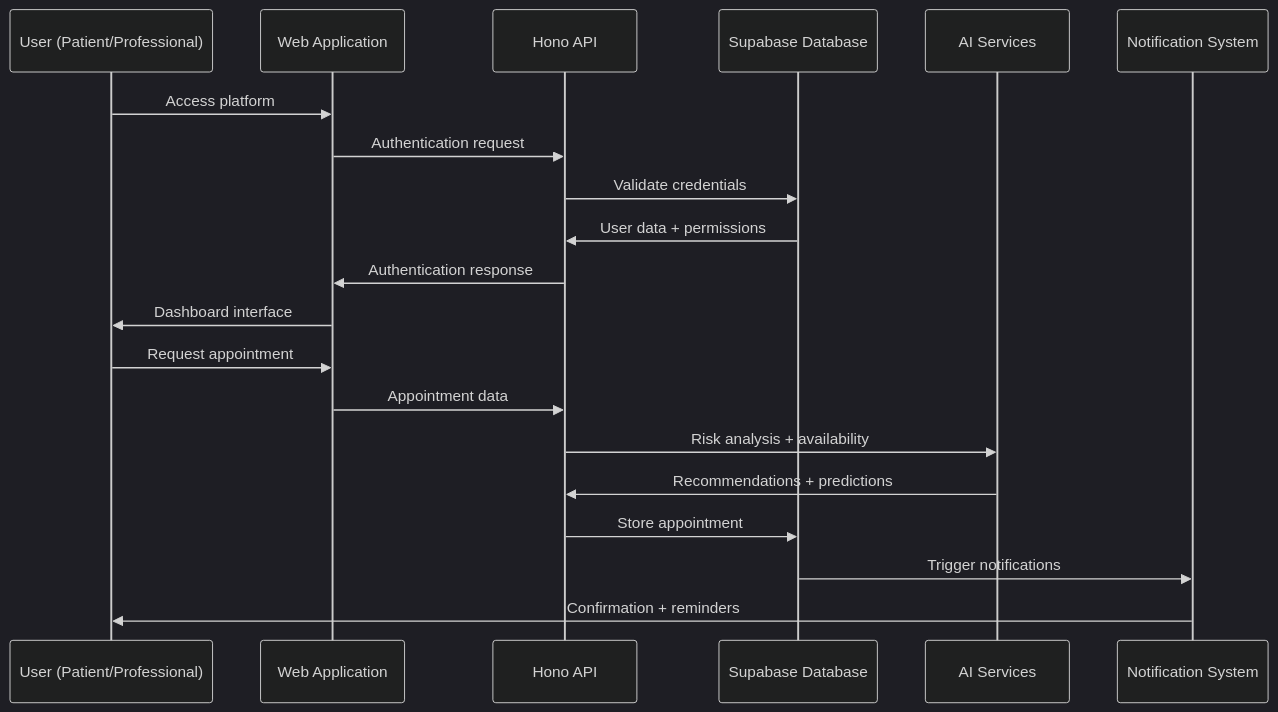
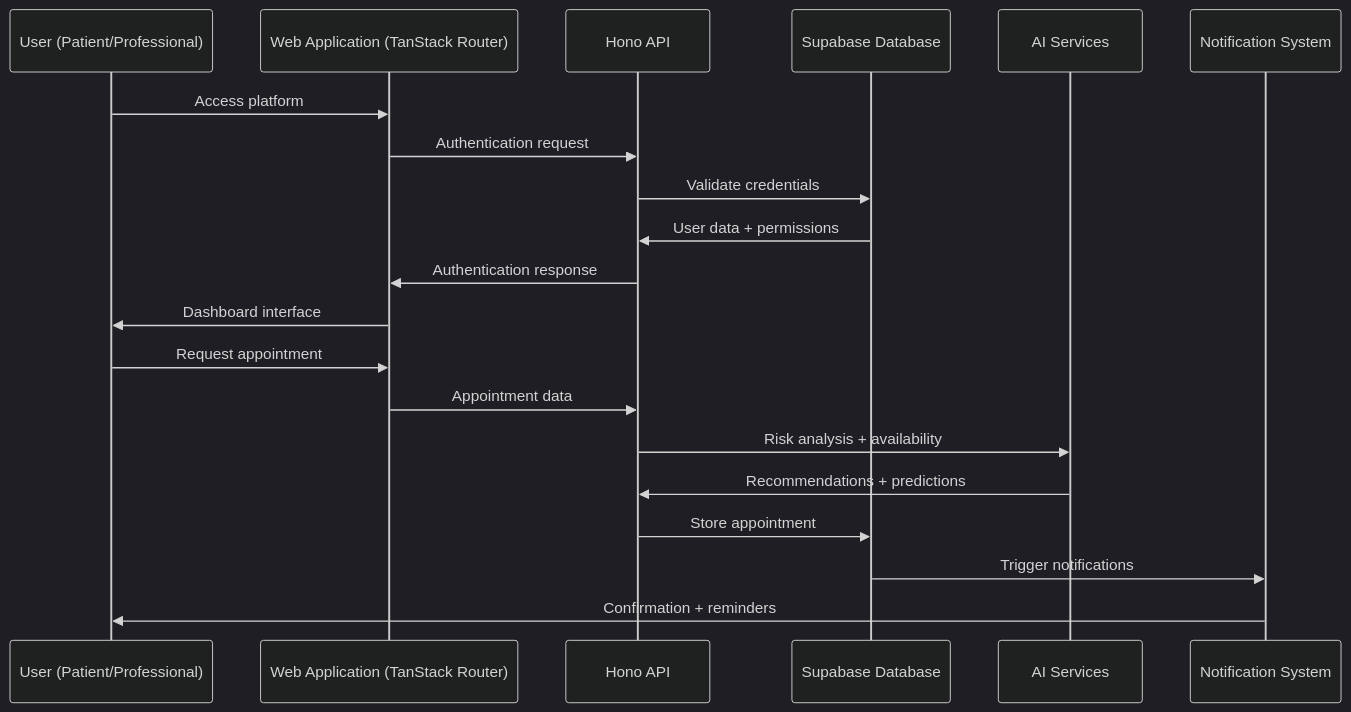
The first of 12 diagrams in docs/architecture/aesthetic-platform-flows.md (GrupoUS/neonpro), drawn with Mermaid (dark theme) before and after one commit. The commit also changed other lines of this file and 1 other file, not shown here.

````diff
--- a/docs/architecture/aesthetic-platform-flows.md
+++ b/docs/architecture/aesthetic-platform-flows.md
@@ -39,24 +34,24 @@
 ```mermaid
 sequenceDiagram
     participant U as User (Patient/Professional)
-    participant W as Web Application
+    participant W as Web Application (TanStack Router)
     participant API as Hono API
     participant DB as Supabase Database
     participant AI as AI Services
     participant N as Notification System
 
     U->>W: Access platform
     W->>API: Authentication request
     API->>DB: Validate credentials
     DB->>API: User data + permissions
     API->>W: Authentication response
     W->>U: Dashboard interface
 
     U->>W: Request appointment
     W->>API: Appointment data
     API->>AI: Risk analysis + availability
     AI->>API: Recommendations + predictions
     API->>DB: Store appointment
     DB->>N: Trigger notifications
     N->>U: Confirmation + reminders
 ```
````
